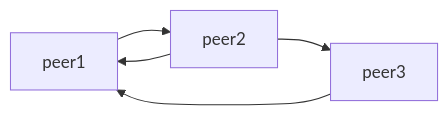
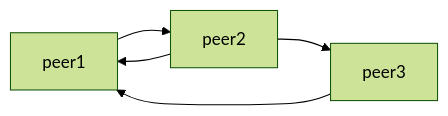
Before and after one commit to cainsusk/BitcoinCore-Architecture: the first of 6 diagrams in A1/a1presentation.md, drawn with Mermaid. The commit also changed other lines of this file and 1 other file, not shown here.

First line of the commit message:
Change slides & graphs theme

````diff
--- a/A1/a1presentation.md
+++ b/A1/a1presentation.md
@@ -46,7 +46,8 @@
 ```mermaid
-graph LR;
+%%{init: {"theme": "forest"}}%%
+flowchart LR;
         peer1 --> peer2
         peer2 --> peer1
         peer3 --> peer1
         peer2 --> peer3
 ```
````
